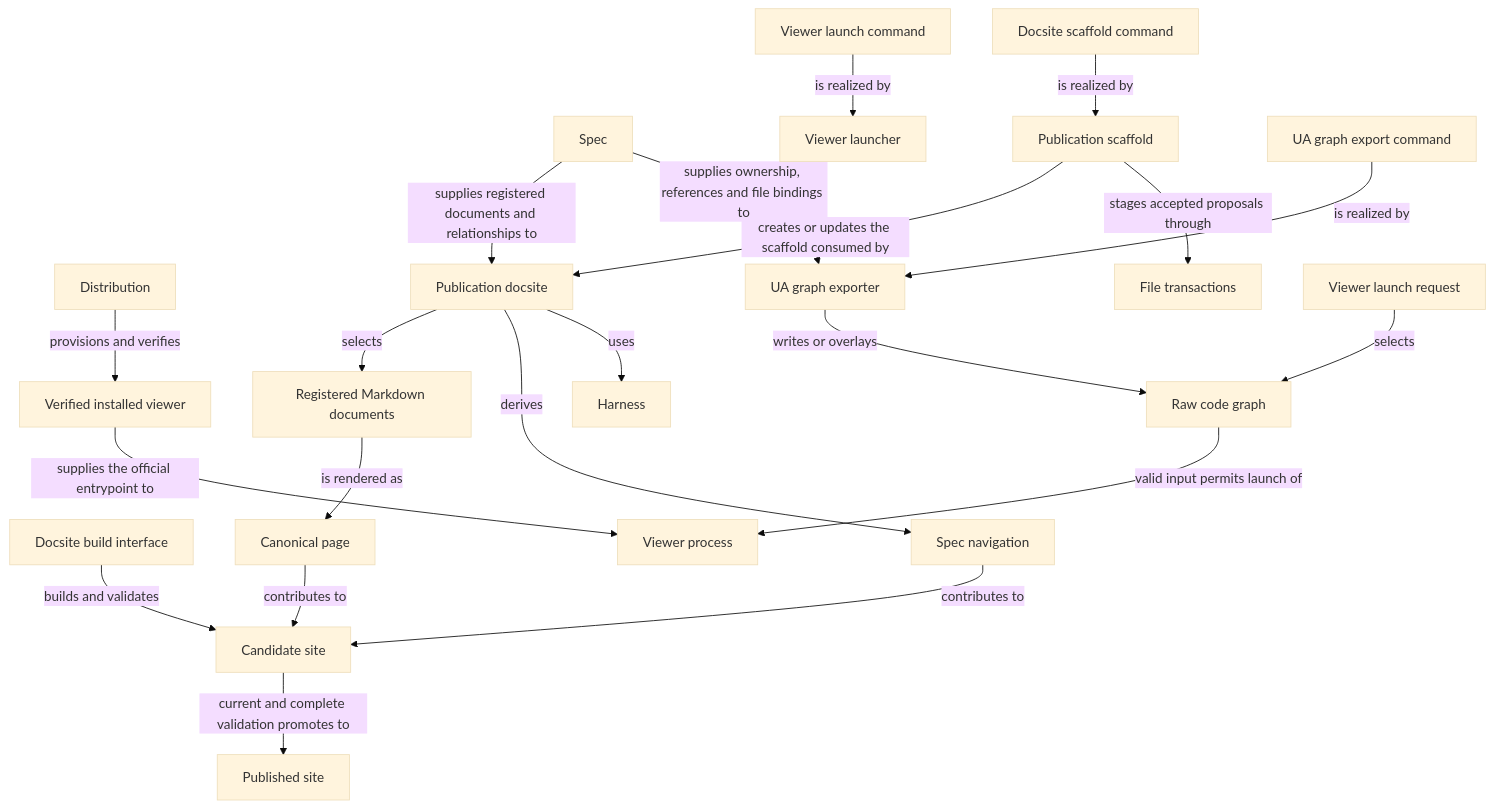
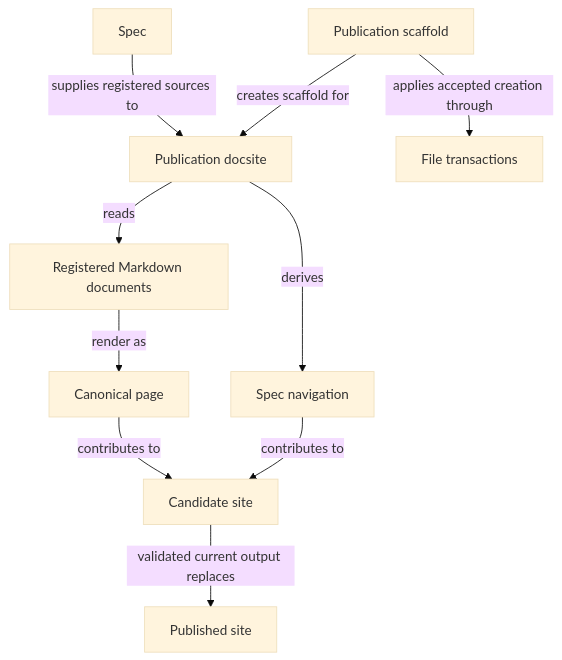
One commit to FTOD/concorde changed the first of 3 diagrams in specs/concorde/views/module.md. Above: the diagram before and after it, drawn with Mermaid (base theme). The commit also changed other lines of this file and 199 other files, not shown here.

````diff
--- a/specs/concorde/views/module.md
+++ b/specs/concorde/views/module.md
@@ -361,46 +81,23 @@
 ```mermaid
 flowchart TB
-    accTitle: Views entities and relationships
-    accDescr: Spec supplies publication inputs and UA export inputs. Publication docsite renders registered documents into canonical pages and derives Spec navigation for a checked candidate site. Publication scaffold applies accepted scaffold proposals through File transactions. Independently, UA graph exporter writes or overlays the raw graph, and Viewer launcher admits a graph and the installed viewer provisioned by Distribution to launch a viewer process.
+    accTitle: Publication admission and promotion
+    accDescr: Spec supplies registered reading and metadata. Publication derives canonical pages and navigation, validates a candidate and promotes it. Scaffolding separately creates accepted site files through file transactions.
     spec["Spec"]
-    distribution["Distribution"]
-    publicationDocsite["Publication docsite"]
-    publicationScaffold["Publication scaffold"]
-    viewerLauncher["Viewer launcher"]
-    uaGraphExporter["UA graph exporter"]
-    fileTransactions["File transactions"]
-    docsiteScaffoldCommand["Docsite scaffold command"]
-    docsiteBuildInterface["Docsite build interface"]
-    viewerLaunchCommand["Viewer launch command"]
-    uaGraphCommand["UA graph export command"]
-    markdownDocuments["Registered Markdown documents"]
-    canonicalPage["Canonical page"]
+    site["Publication docsite"]
+    documents["Registered Markdown documents"]
+    page["Canonical page"]
     navigation["Spec navigation"]
-    candidateSite["Candidate site"]
-    publishedSite["Published site"]
-    viewerRequest["Viewer launch request"]
-    codeGraph["Raw code graph"]
-    verifiedViewer["Verified installed viewer"]
-    viewerProcess["Viewer process"]
-    spec -->|supplies registered documents and relationships to| publicationDocsite
-    publicationDocsite -->|selects| markdownDocuments
-    markdownDocuments -->|is rendered as| canonicalPage
-    publicationDocsite -->|derives| navigation
-    canonicalPage -->|contributes to| candidateSite
-    navigation -->|contributes to| candidateSite
-    docsiteBuildInterface -->|builds and validates| candidateSite
-    candidateSite -->|current and complete validation promotes to| publishedSite
-    docsiteScaffoldCommand -->|is realized by| publicationScaffold
-    publicationScaffold -->|creates or updates the scaffold consumed by| publicationDocsite
-    publicationScaffold -->|stages accepted proposals through| fileTransactions
-    viewerLaunchCommand -->|is realized by| viewerLauncher
-    viewerRequest -->|selects| codeGraph
-    codeGraph -->|valid input permits launch of| viewerProcess
-    verifiedViewer -->|supplies the official entrypoint to| viewerProcess
-    distribution -->|provisions and verifies| verifiedViewer
-    uaGraphCommand -->|is realized by| uaGraphExporter
-    spec -->|supplies ownership, references and file bindings to| uaGraphExporter
-    uaGraphExporter -->|writes or overlays| codeGraph
-    module_harness["Harness"]
-    publicationDocsite -->|uses| module_harness
+    candidate["Candidate site"]
+    published["Published site"]
+    scaffold["Publication scaffold"]
+    transaction["File transactions"]
+    spec -->|supplies registered sources to| site
+    site -->|reads| documents
+    documents -->|render as| page
+    site -->|derives| navigation
+    page -->|contributes to| candidate
+    navigation -->|contributes to| candidate
+    candidate -->|validated current output replaces| published
+    scaffold -->|creates scaffold for| site
+    scaffold -->|applies accepted creation through| transaction
 ```
````
